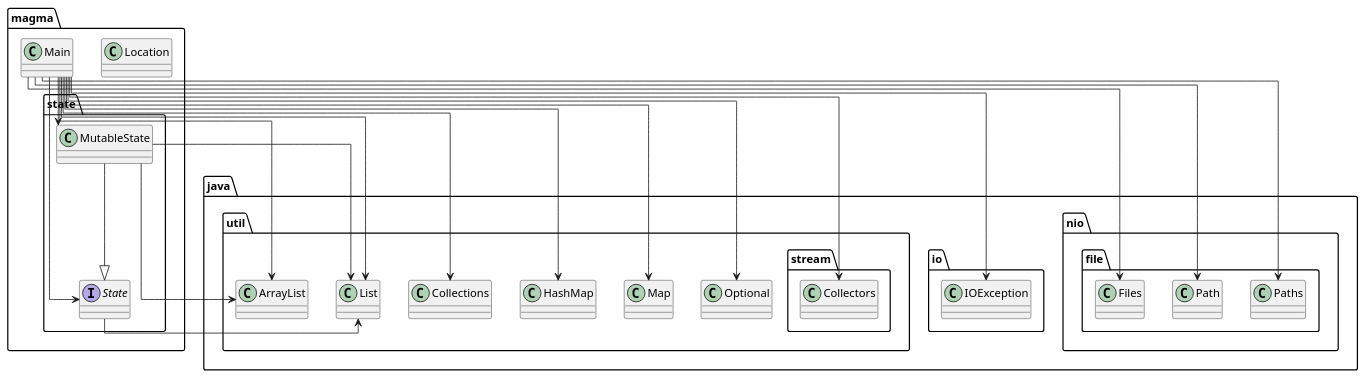
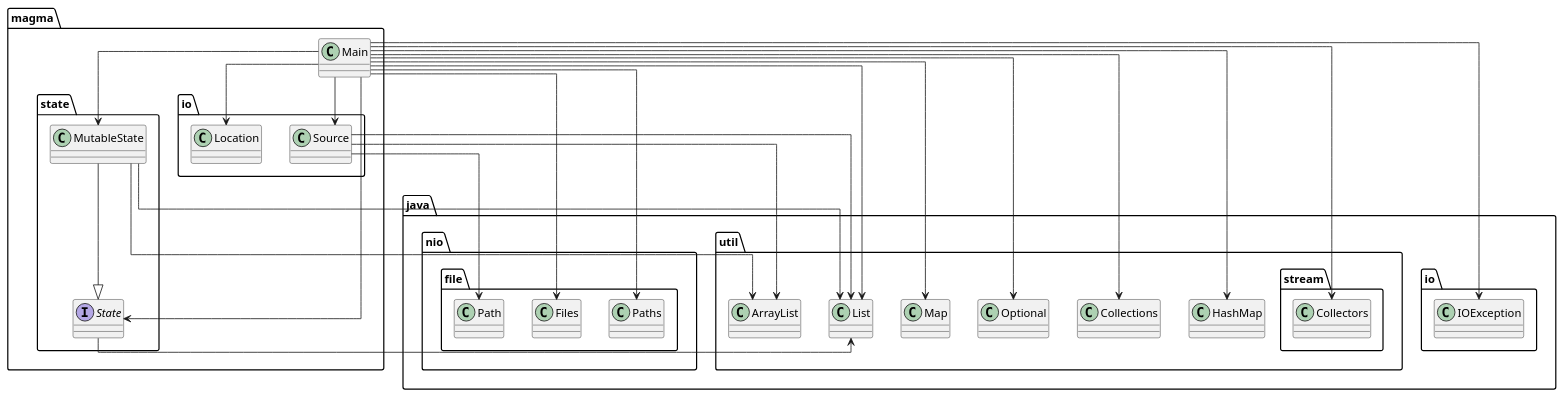
The diagram in diagram.puml (SirMathhman/Magma), drawn with PlantUML before and after one commit. The commit also changed 3 other files, not shown here.

```diff
--- a/diagram.puml
+++ b/diagram.puml
@@ -1,24 +1,28 @@
 @startuml
 skinparam linetype ortho
+magma.io.Source --> java.nio.file.Path
+magma.io.Source --> java.util.ArrayList
+magma.io.Source --> java.util.List
+class magma.io.Source
 magma.state.MutableState --> java.util.ArrayList
 magma.state.MutableState --> java.util.List
 class magma.state.MutableState
 magma.state.MutableState --|> magma.state.State
-class magma.Location
+class magma.io.Location
+magma.Main --> magma.io.Location
+magma.Main --> magma.io.Source
 magma.Main --> magma.state.MutableState
 magma.Main --> magma.state.State
 magma.Main --> java.io.IOException
 magma.Main --> java.nio.file.Files
-magma.Main --> java.nio.file.Path
 magma.Main --> java.nio.file.Paths
-magma.Main --> java.util.ArrayList
 magma.Main --> java.util.Collections
 magma.Main --> java.util.HashMap
 magma.Main --> java.util.List
 magma.Main --> java.util.Map
 magma.Main --> java.util.Optional
 magma.Main --> java.util.stream.Collectors
 class magma.Main
 magma.state.State --> java.util.List
 interface magma.state.State
 @enduml
```
